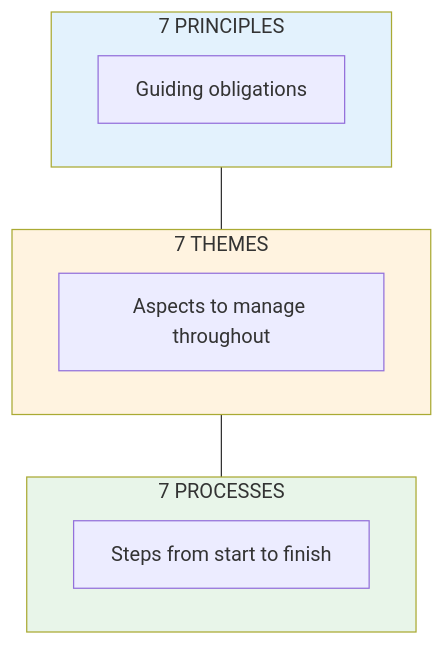
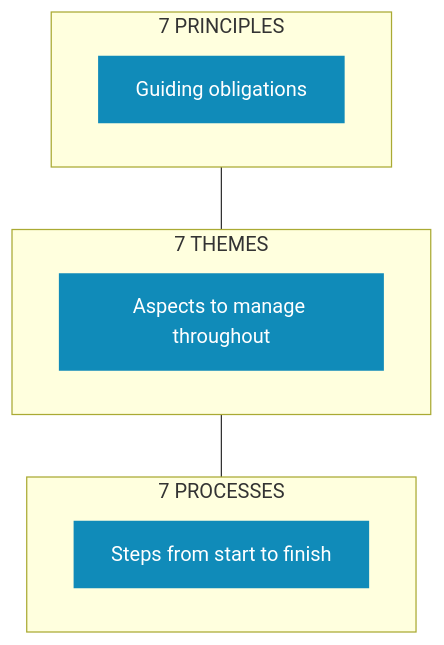
The first of 2 diagrams in _pages/methodologies/prince2.md (kevinmcaleer/kevstemplates.com), drawn with Mermaid before and after one commit. The commit also changed other lines of this file and 72 other files, not shown here.

```diff
--- a/_pages/methodologies/prince2.md
+++ b/_pages/methodologies/prince2.md
@@ -22,17 +22,16 @@
 <div class="mermaid">
 flowchart TB
     subgraph principles["7 PRINCIPLES"]
         P1["Guiding obligations"]
     end
     subgraph themes["7 THEMES"]
         T1["Aspects to manage throughout"]
     end
     subgraph processes["7 PROCESSES"]
         PR1["Steps from start to finish"]
     end
     principles --- themes --- processes
 
-    style principles fill:#e3f2fd
-    style themes fill:#fff3e0
-    style processes fill:#e8f5e9
+    classDef blue fill:#108BB9,stroke:none,color:#fff
+    class P1,T1,PR1 blue
 </div>
```
